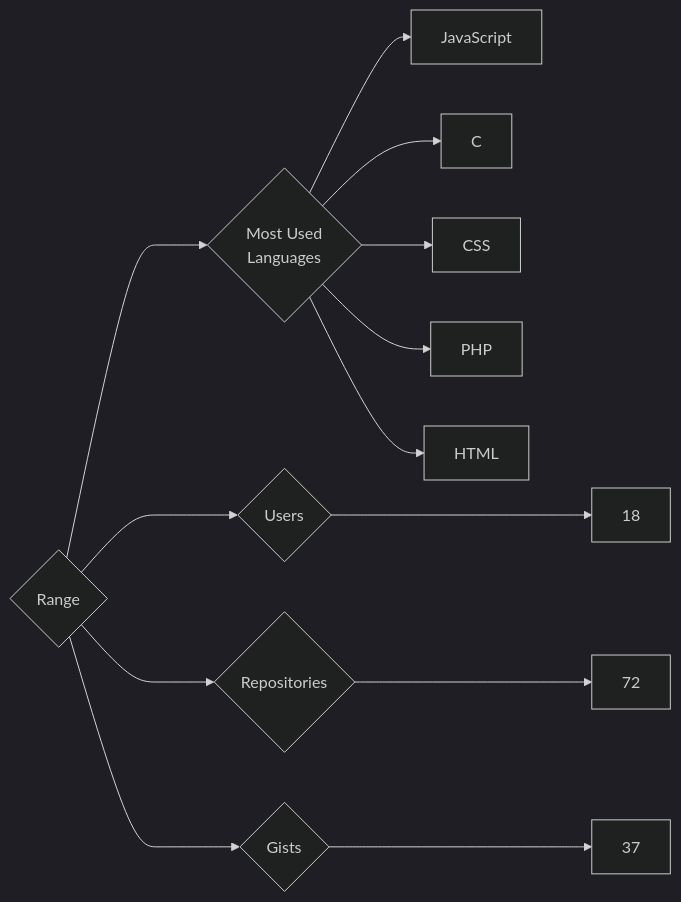
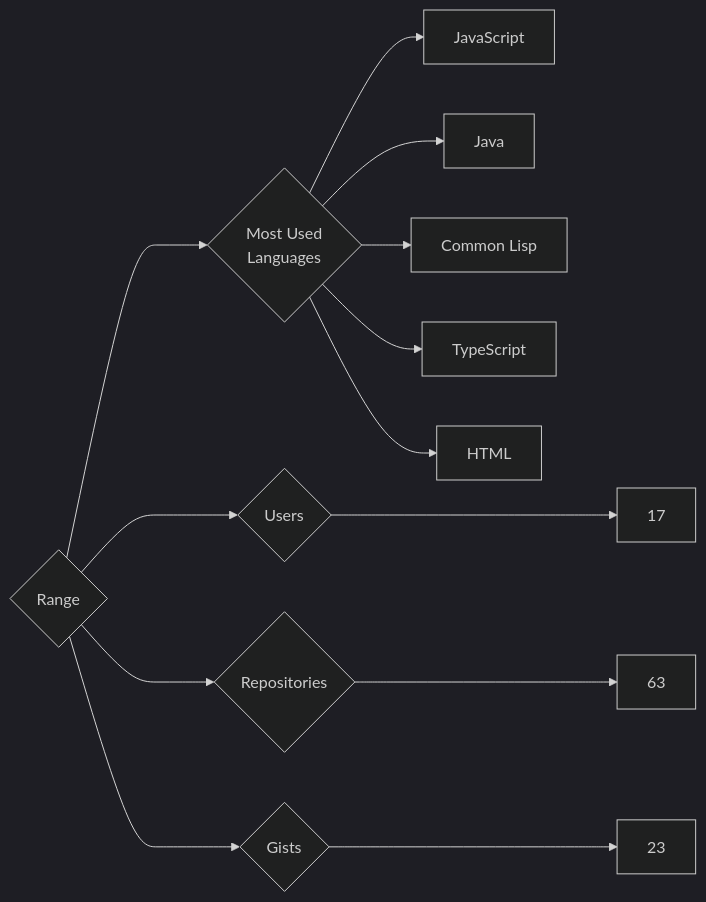
Before and after one commit to trickest/insiders: the diagram in targets/Range/README.md, drawn with Mermaid (dark theme). The commit also changed 794 other files, not shown here.

````diff
--- a/targets/Range/README.md
+++ b/targets/Range/README.md
@@ -3,13 +3,13 @@
 ```mermaid
 graph LR
 COMPANY_NAME{Range}
-COMPANY_NAME ---> U{Users} ---> UN[18]
-COMPANY_NAME ---> R{Repositories} ---> RN[72]
-COMPANY_NAME ---> G{Gists} ---> GN[37]
+COMPANY_NAME ---> U{Users} ---> UN[17]
+COMPANY_NAME ---> R{Repositories} ---> RN[63]
+COMPANY_NAME ---> G{Gists} ---> GN[23]
 COMPANY_NAME ---> ML{Most Used<br>Languages}
 ML --> JavaScript[JavaScript]
-ML --> C[C]
-ML --> CSS[CSS]
-ML --> PHP[PHP]
+ML --> Java[Java]
+ML --> Common_Lisp[Common Lisp]
+ML --> TypeScript[TypeScript]
 ML --> HTML[HTML]
 ```
````
